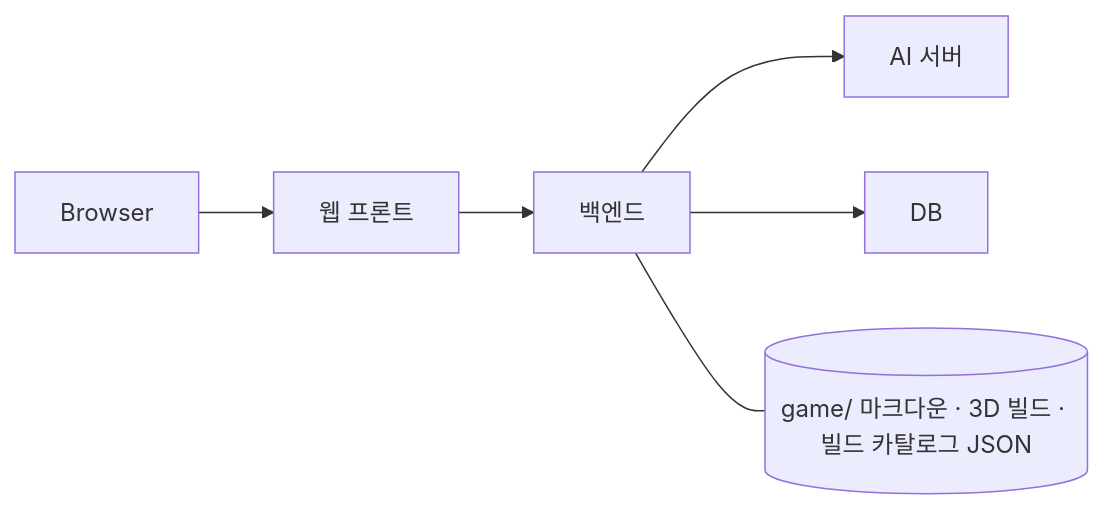
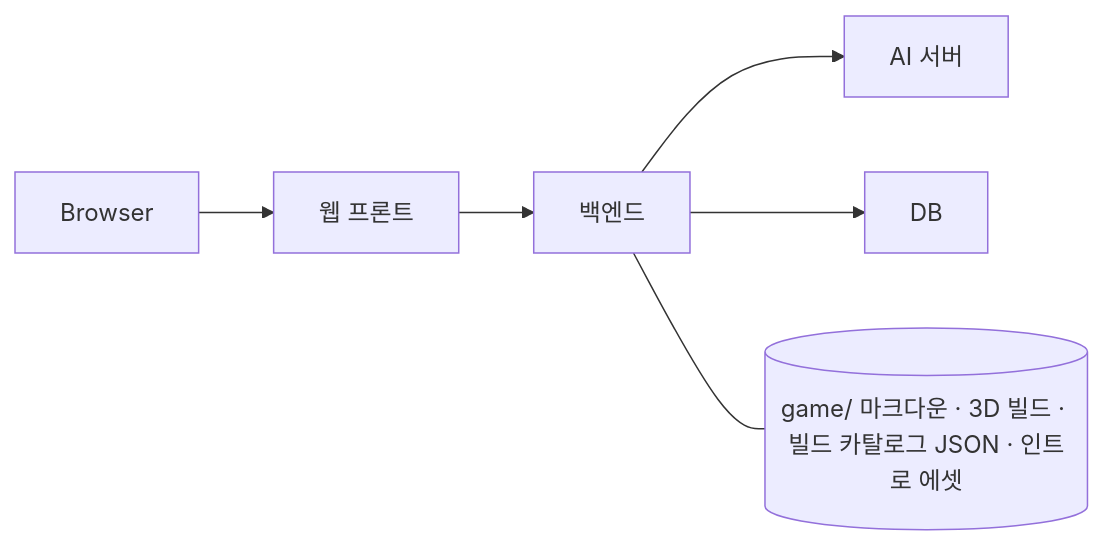
One commit to BBossAndChildren/base-repo changed the diagram in docs/development/02-architecture.md. Above: the diagram before and after it, drawn with Mermaid. The commit also changed other lines of this file and 10 other files, not shown here.

````diff
--- a/docs/development/02-architecture.md
+++ b/docs/development/02-architecture.md
@@ -59,6 +62,6 @@
 ```mermaid
 flowchart LR
   Browser --> FE[웹 프론트] --> BE[백엔드] --> AI[AI 서버]
   BE --> DB
-  BE --- Content[(game/ 마크다운 · 3D 빌드 · 빌드 카탈로그 JSON)]
+  BE --- Content[(game/ 마크다운 · 3D 빌드 · 빌드 카탈로그 JSON · 인트로 에셋)]
 ```
````
